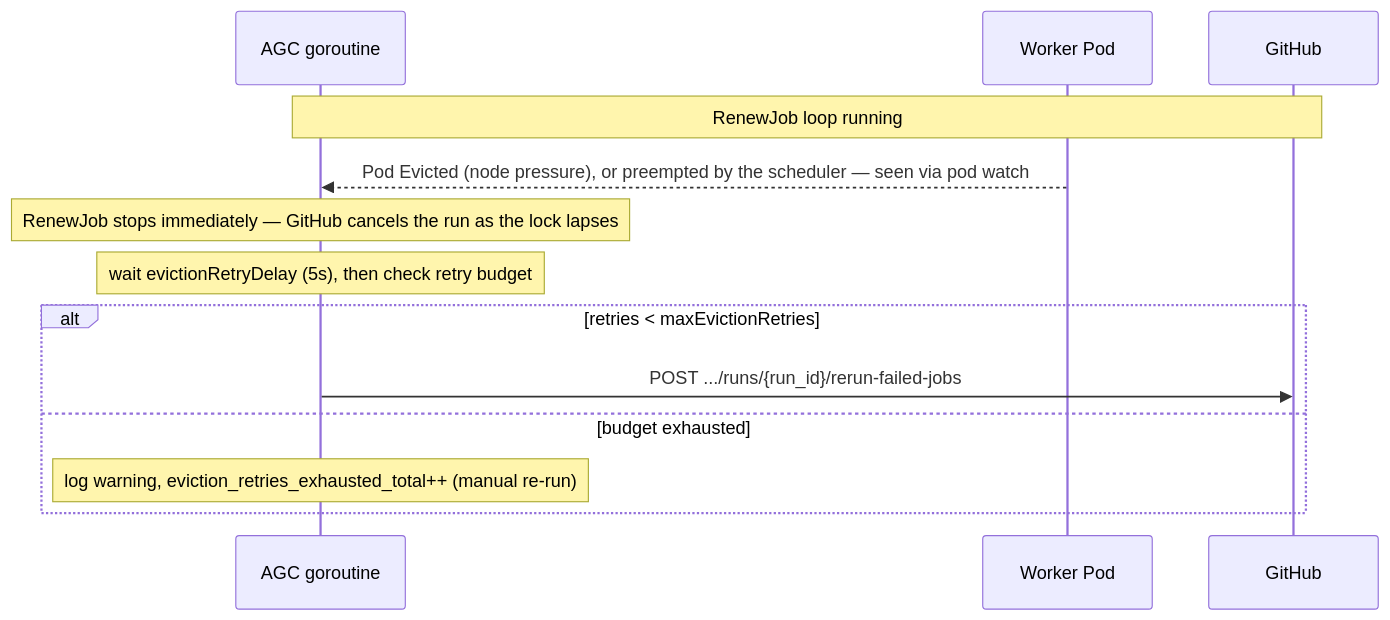
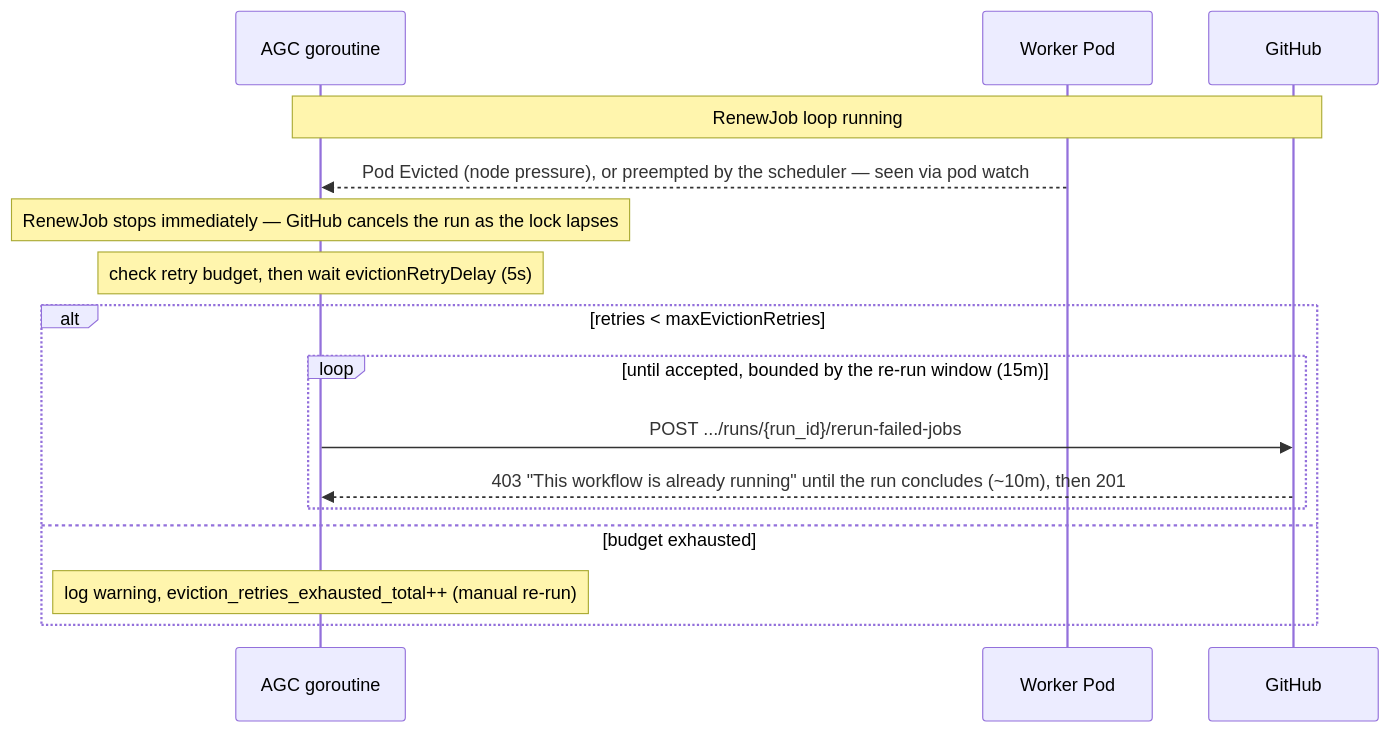
Before and after one commit to actions-gateway/github-actions-gateway: the sixth of 9 diagrams in docs/design/04-operational-flows.md, drawn with Mermaid. The commit also changed other lines of this file and 15 other files, not shown here.

````diff
--- a/docs/design/04-operational-flows.md
+++ b/docs/design/04-operational-flows.md
@@ -226,15 +226,18 @@
 ```mermaid
 sequenceDiagram
     participant A as AGC goroutine
     participant W as Worker Pod
     participant GH as GitHub
     Note over A,GH: RenewJob loop running
     W-->>A: Pod Evicted (node pressure), or preempted by the scheduler — seen via pod watch
     Note over A: RenewJob stops immediately — GitHub cancels the run as the lock lapses
-    Note over A: wait evictionRetryDelay (5s), then check retry budget
+    Note over A: check retry budget, then wait evictionRetryDelay (5s)
     alt retries < maxEvictionRetries
-        A->>GH: POST .../runs/{run_id}/rerun-failed-jobs
+        loop until accepted, bounded by the re-run window (15m)
+            A->>GH: POST .../runs/{run_id}/rerun-failed-jobs
+            GH-->>A: 403 "This workflow is already running" until the run concludes (~10m), then 201
+        end
     else budget exhausted
         Note over A: log warning, eviction_retries_exhausted_total++ (manual re-run)
     end
 ```
````
